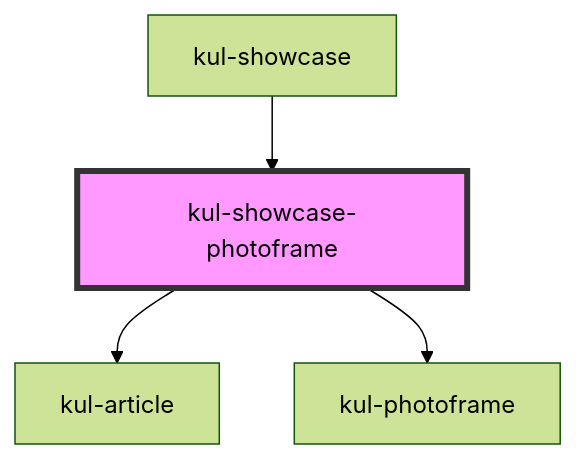
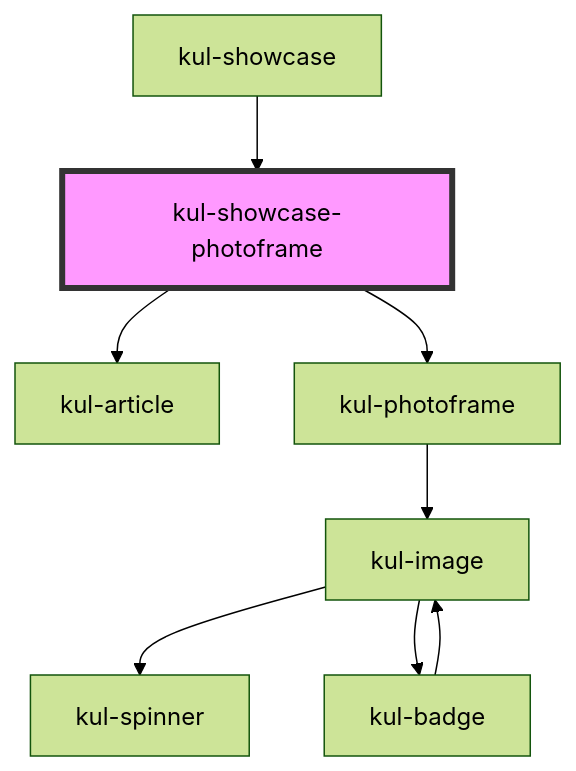
Before and after one commit to lucafoscili/ketchup-lite: the diagram in packages/ketchup-lite/src/components/kul-showcase/components/photoframe/readme.md, drawn with Mermaid (forest theme). The commit also changed 15 other files, not shown here.

````diff
--- a/packages/ketchup-lite/src/components/kul-showcase/components/photoframe/readme.md
+++ b/packages/ketchup-lite/src/components/kul-showcase/components/photoframe/readme.md
@@ -28,7 +28,11 @@
 ```mermaid
 graph TD;
   kul-showcase-photoframe --> kul-article
   kul-showcase-photoframe --> kul-photoframe
+  kul-photoframe --> kul-image
+  kul-image --> kul-spinner
+  kul-image --> kul-badge
+  kul-badge --> kul-image
   kul-showcase --> kul-showcase-photoframe
   style kul-showcase-photoframe fill:#f9f,stroke:#333,stroke-width:4px
 ```
````
